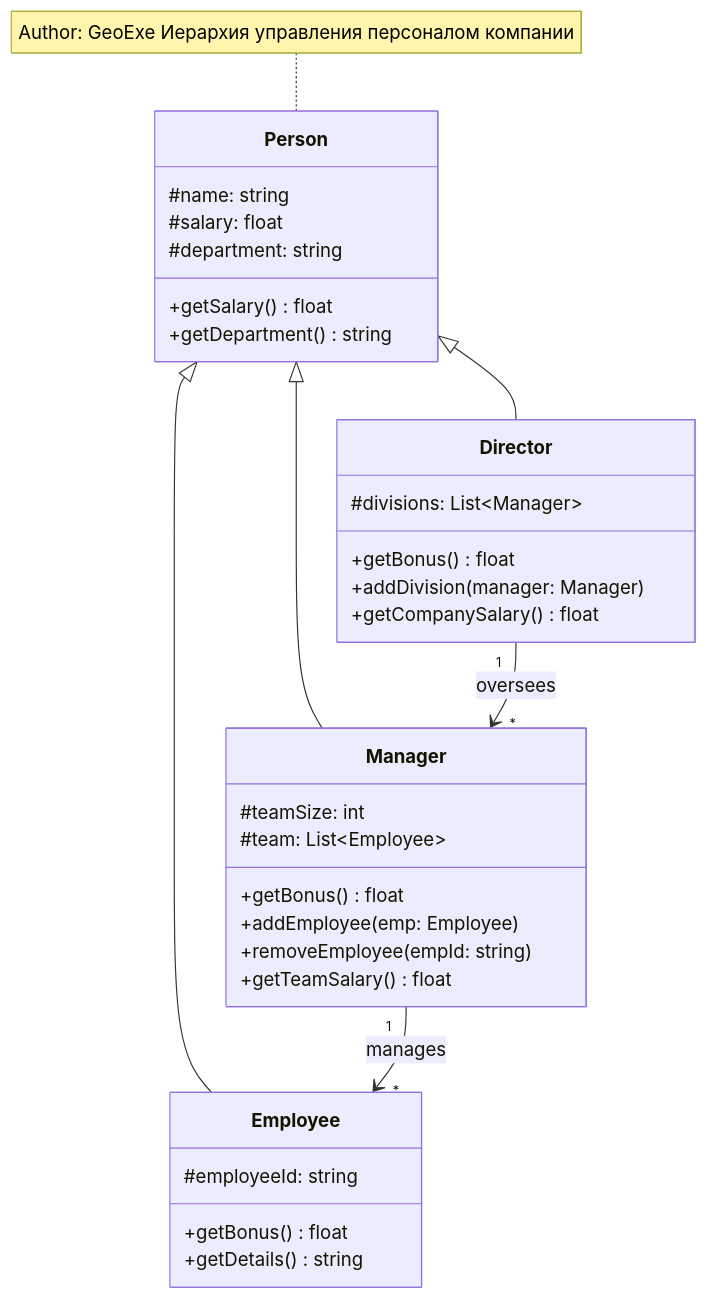
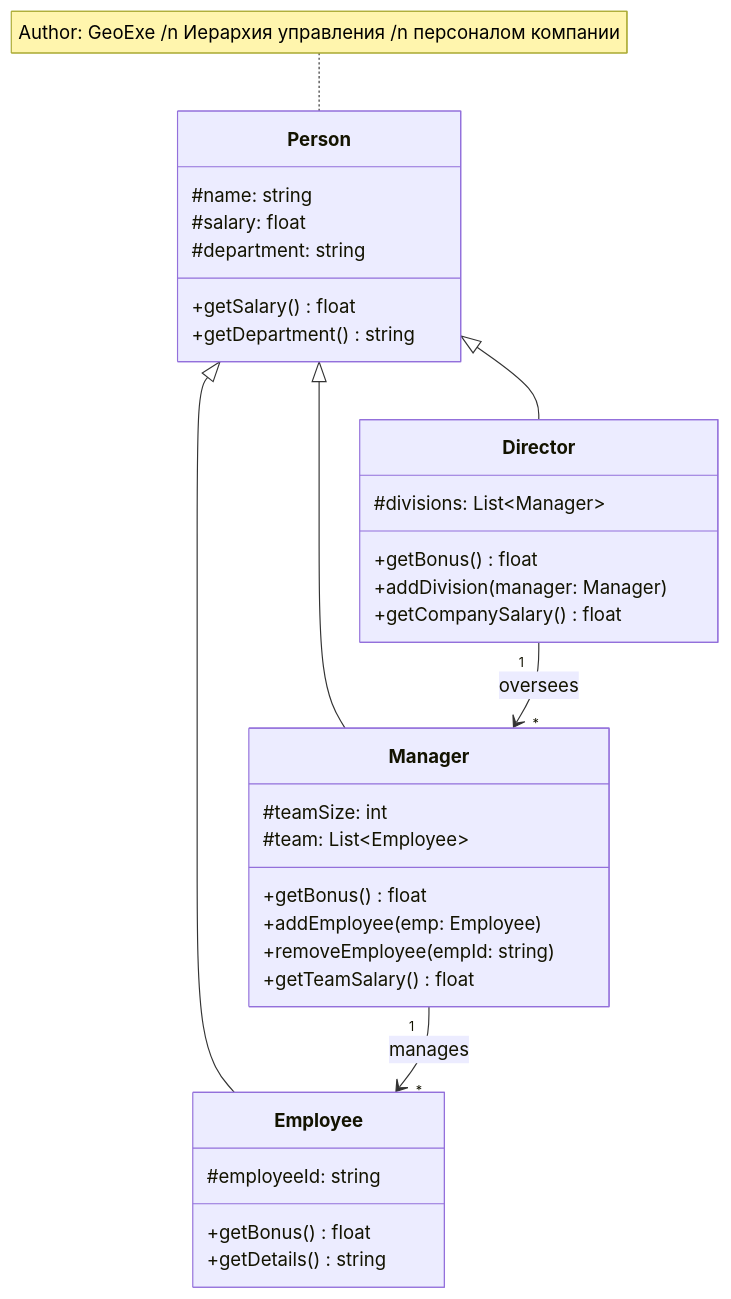
Before and after one commit to GeoExe6265/Testing_Mermaid: the diagram in artifacts/diagram_3_code.md, drawn with Mermaid.

````diff
--- a/artifacts/diagram_3_code.md
+++ b/artifacts/diagram_3_code.md
@@ -1,40 +1,40 @@
 ```mermaid
 classDiagram
     class Person {
         #name: string
         #salary: float
         #department: string
         +getSalary() float
         +getDepartment() string
     }
     
     class Employee {
         #employeeId: string
         +getBonus() float
         +getDetails() string
     }
     
     class Manager {
         #teamSize: int
         #team: List~Employee~
         +getBonus() float
         +addEmployee(emp: Employee)
         +removeEmployee(empId: string)
         +getTeamSalary() float
     }
     
     class Director {
         #divisions: List~Manager~
         +getBonus() float
         +addDivision(manager: Manager)
         +getCompanySalary() float
     }
     
     Person <|-- Employee
     Person <|-- Manager
     Person <|-- Director
     Manager "1" --> "*" Employee: manages
     Director "1" --> "*" Manager: oversees
     
-    note for Person "Author: GeoExe Иерархия управления персоналом компании"
+    note for Person "Author: GeoExe /n Иерархия управления /n персоналом компании"
 ```
````
